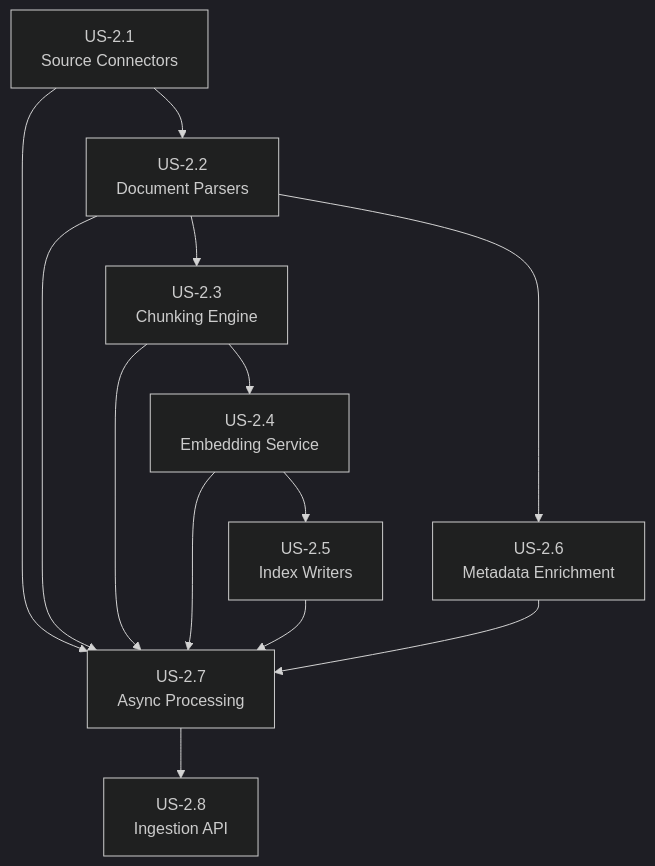
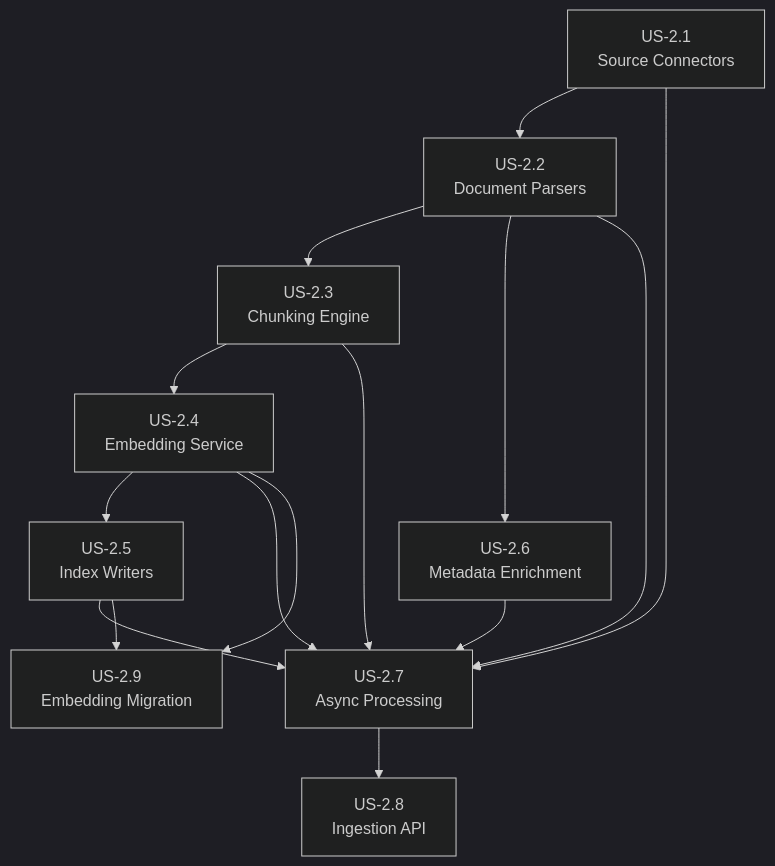
The diagram in workflow/refined/02-ingestion-service/README.md (RogierKonings/ultimate-rag-pipeline), drawn with Mermaid (dark theme) before and after one commit. The commit also changed other lines of this file and 9 other files, not shown here.

Commit message:
feat: Implement database migrations with Alembic, standardize API paths, and add graceful degradation and embedding model migration user stories.

````diff
--- a/workflow/refined/02-ingestion-service/README.md
+++ b/workflow/refined/02-ingestion-service/README.md
@@ -41,15 +42,17 @@
 ```mermaid
 flowchart TD
     US21[US-2.1<br/>Source Connectors] --> US22[US-2.2<br/>Document Parsers]
     US22 --> US23[US-2.3<br/>Chunking Engine]
     US22 --> US26[US-2.6<br/>Metadata Enrichment]
     US23 --> US24[US-2.4<br/>Embedding Service]
     US24 --> US25[US-2.5<br/>Index Writers]
     US21 --> US27[US-2.7<br/>Async Processing]
     US22 --> US27
     US23 --> US27
     US24 --> US27
     US25 --> US27
     US26 --> US27
     US27 --> US28[US-2.8<br/>Ingestion API]
+    US24 --> US29[US-2.9<br/>Embedding Migration]
+    US25 --> US29
 ```
````
